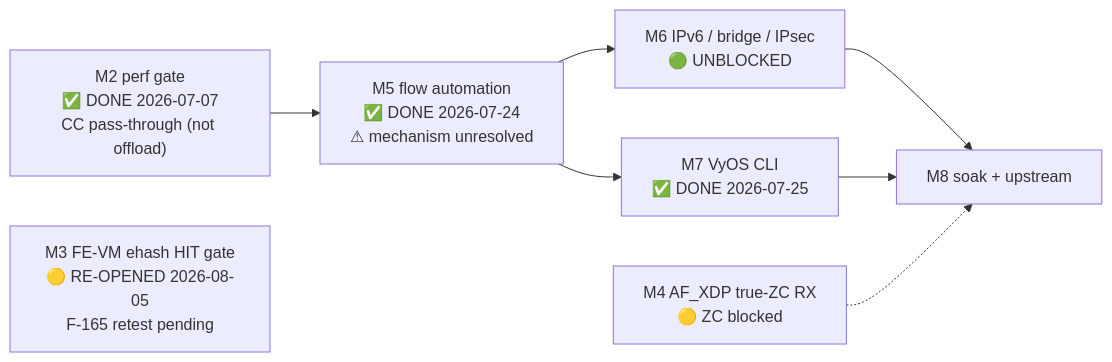
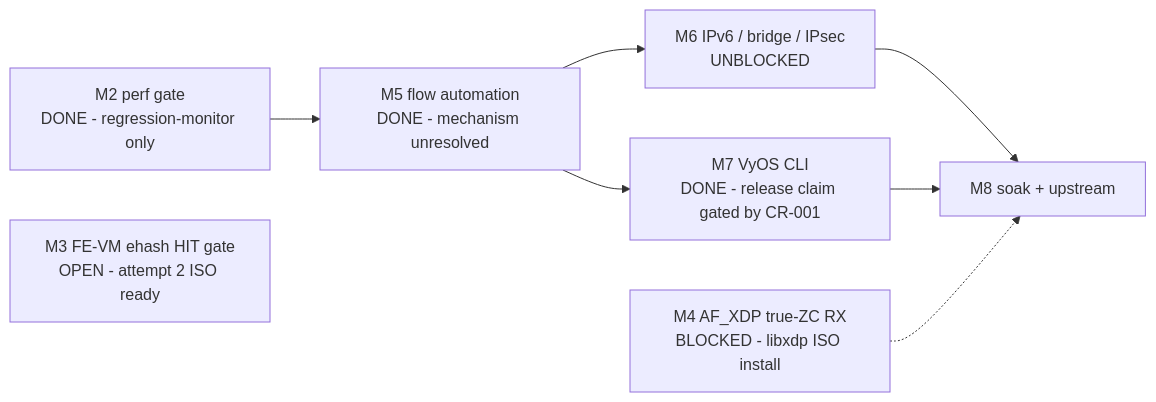
Before and after one commit to Daegara/vyos-ls1046a-build: the diagram in plans/ASK2-MASTER-PLAN.md, drawn with Mermaid. The commit also changed other lines of this file and 5 other files, not shown here.

````diff
--- a/plans/ASK2-MASTER-PLAN.md
+++ b/plans/ASK2-MASTER-PLAN.md
@@ -280,10 +166,10 @@
 ```mermaid
 graph LR
-    M2["M2 perf gate<br/>✅ DONE 2026-07-07<br/>CC pass-through (not offload)"] --> M5["M5 flow automation<br/>✅ DONE 2026-07-24<br/>⚠ mechanism unresolved"]
-    M3["M3 FE-VM ehash HIT gate<br/>🟡 RE-OPENED 2026-08-05<br/>F-165 retest pending"]
-    M5 --> M6["M6 IPv6 / bridge / IPsec<br/>🟢 UNBLOCKED"]
-    M5 --> M7["M7 VyOS CLI<br/>✅ DONE 2026-07-25"]
+    M2["M2 perf gate<br/>DONE - regression-monitor only"] --> M5["M5 flow automation<br/>DONE - mechanism unresolved"]
+    M3["M3 FE-VM ehash HIT gate<br/>OPEN - attempt 2 ISO ready"]
+    M5 --> M6["M6 IPv6 / bridge / IPsec<br/>UNBLOCKED"]
+    M5 --> M7["M7 VyOS CLI<br/>DONE - release claim gated by CR-001"]
     M6 --> M8["M8 soak + upstream"]
     M7 --> M8
-    M4["M4 AF_XDP true-ZC RX<br/>🟡 ZC blocked"] -.-> M8
+    M4["M4 AF_XDP true-ZC RX<br/>BLOCKED - libxdp ISO install"] -.-> M8
 ```
````
